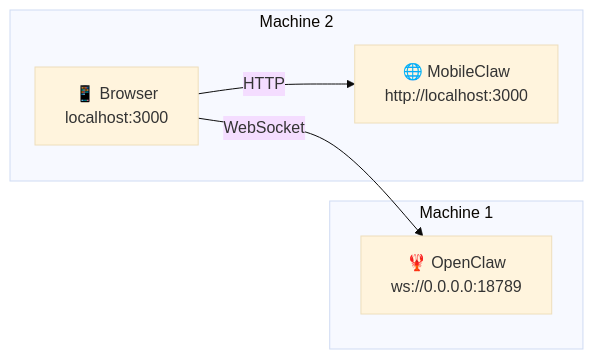
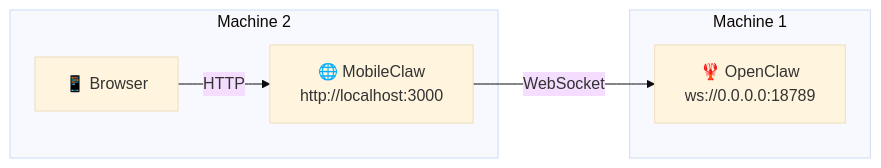
The third of 4 diagrams in SETUP_SKILL.md (wende/mobileclaw), drawn with Mermaid (base theme) before and after one commit. The commit also changed other lines of this file, not shown here.

Commit message:
Fix mermaid diagrams: use <br/> for line breaks, Browser→MobileClaw→OpenClaw

````diff
--- a/SETUP_SKILL.md
+++ b/SETUP_SKILL.md
@@ -118,12 +118,12 @@
 ```mermaid
 graph LR
     subgraph Machine 1
-        OC[🦞 OpenClaw\nws://0.0.0.0:18789]
+        OC["🦞 OpenClaw<br/>ws://0.0.0.0:18789"]
     end
     subgraph Machine 2
-        MC[🌐 MobileClaw\nhttp://localhost:3000]
-        B[📱 Browser\nlocalhost:3000]
+        MC["🌐 MobileClaw<br/>http://localhost:3000"]
+        B["📱 Browser"]
     end
     B -- HTTP --> MC
-    B -- WebSocket --> OC
+    MC -- WebSocket --> OC
 ```
````
